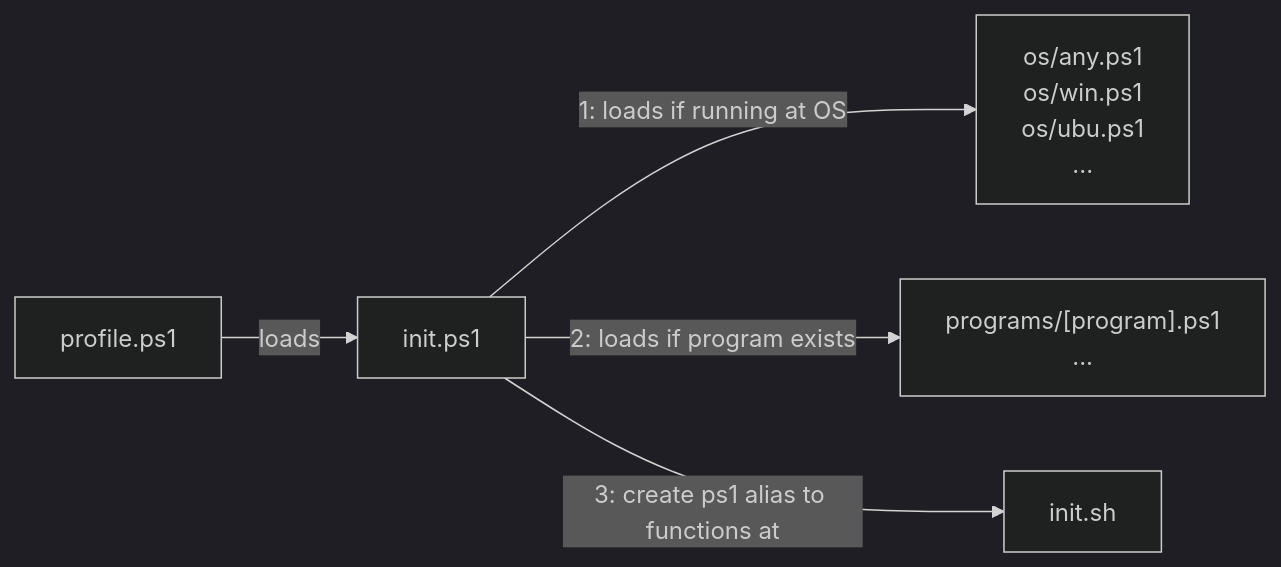
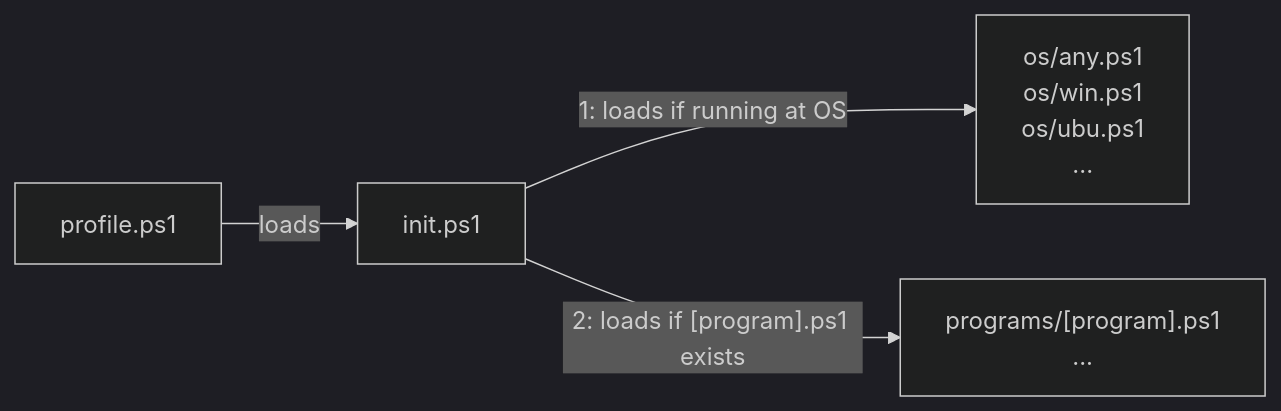
The second of 2 diagrams in README.md (alanlivio/ps-sh-helpers), drawn with Mermaid before and after one commit. The commit also changed other lines of this file and 1 other file, not shown here.

Commit message:
inti.sh: disable remove ps_def_funcs_from_ps1_file

````diff
--- a/README.md
+++ b/README.md
@@ -34,22 +34,22 @@
 ```mermaid
 %%{init: {'theme':'dark'}}%%
 flowchart LR
     psprofile["profile.ps1"]
     ps-init["init.ps1"]
-    sh-init["init.sh"]
+    %% sh-init["init.sh"]
     program-dependent["
         programs/[program].ps1
         ...
     "]
     OS-dependent["
         os/any.ps1
         os/win.ps1
         os/ubu.ps1
         ...
     "]
 
     psprofile--> |"loads"| ps-init
     ps-init --> |"1: loads if running at OS"| OS-dependent
-    ps-init --> |"2: loads if program exists"| program-dependent
-    ps-init --> |"3: create ps1 alias to functions at"| sh-init
+    ps-init --> |"2: loads if [program].ps1 exists"| program-dependent
+    %%ps-init --> |"3: create ps1 alias to functions at"| sh-init
 ```
````
